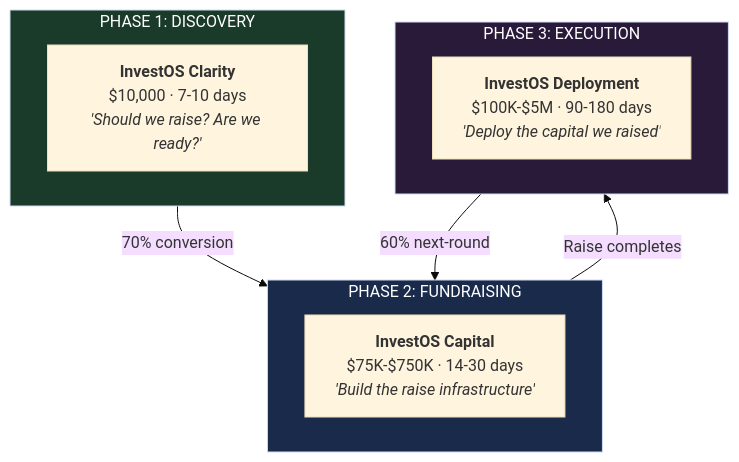
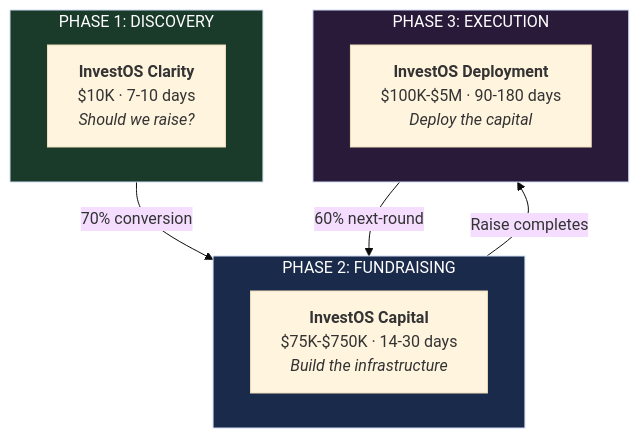
The third of 6 diagrams in InvestOS/INVESTOS_MASTER_OVERVIEW.md (Light-Brands/qie), drawn with Mermaid (base theme) before and after one commit. The commit also changed other lines of this file and 4 other files, not shown here.

First line of the commit message:
Fix Mermaid diagram label truncation across all docs

````diff
--- a/InvestOS/INVESTOS_MASTER_OVERVIEW.md
+++ b/InvestOS/INVESTOS_MASTER_OVERVIEW.md
@@ -424,22 +424,22 @@
 ```mermaid
 flowchart TD
     subgraph P1["PHASE 1: DISCOVERY"]
-        IC["<b>InvestOS Clarity</b><br/>$10,000 · 7-10 days<br/><i>'Should we raise? Are we ready?'</i>"]
+        IC["<b>InvestOS Clarity</b><br/>$10K · 7-10 days<br/><i>Should we raise?</i>"]
     end
 
     subgraph P2["PHASE 2: FUNDRAISING"]
-        II["<b>InvestOS Capital</b><br/>$75K-$750K · 14-30 days<br/><i>'Build the raise infrastructure'</i>"]
+        II["<b>InvestOS Capital</b><br/>$75K-$750K · 14-30 days<br/><i>Build the infrastructure</i>"]
     end
 
     subgraph P3["PHASE 3: EXECUTION"]
-        ID["<b>InvestOS Deployment</b><br/>$100K-$5M · 90-180 days<br/><i>'Deploy the capital we raised'</i>"]
+        ID["<b>InvestOS Deployment</b><br/>$100K-$5M · 90-180 days<br/><i>Deploy the capital</i>"]
     end
 
     P1 -->|"70% conversion"| P2
     P2 -->|"Raise completes"| P3
     P3 -->|"60% next-round"| P2
 
     style P1 fill:#1a3a2a,color:#fff
     style P2 fill:#1a2a4a,color:#fff
     style P3 fill:#2a1a3a,color:#fff
 ```
````
